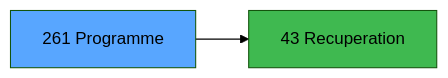
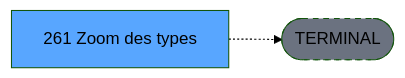
Before and after one commit to thonyAGP/lecteur-magic: the third of 3 diagrams in .openspec/renders/ADH-IDE-261.md, drawn with Mermaid (forest theme). The commit also changed other lines of this file and 701 other files, not shown here.

````diff
--- a/.openspec/renders/ADH-IDE-261.md
+++ b/.openspec/renders/ADH-IDE-261.md
@@ -145,8 +135,8 @@
 ```mermaid
 graph LR
-    T[261 Programme]
-    C43[43 Recuperation]
-    T --> C43
+    T[261 Zoom des types ]
+    TERM([TERMINAL])
+    T -.-> TERM
+    style TERM fill:#6b7280,stroke-dasharray: 5 5
     style T fill:#58a6ff,color:#000
-    style C43 fill:#3fb950
 ```
````
